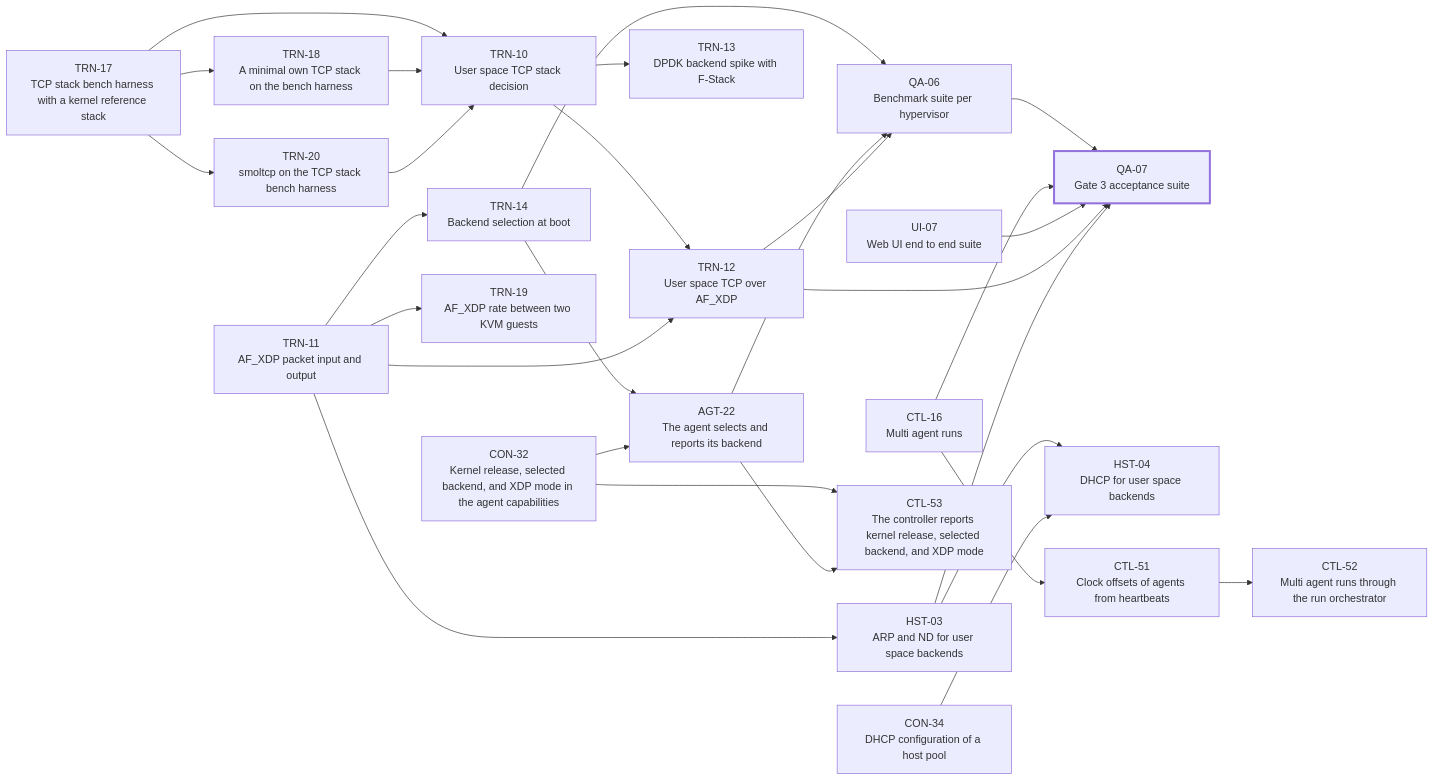
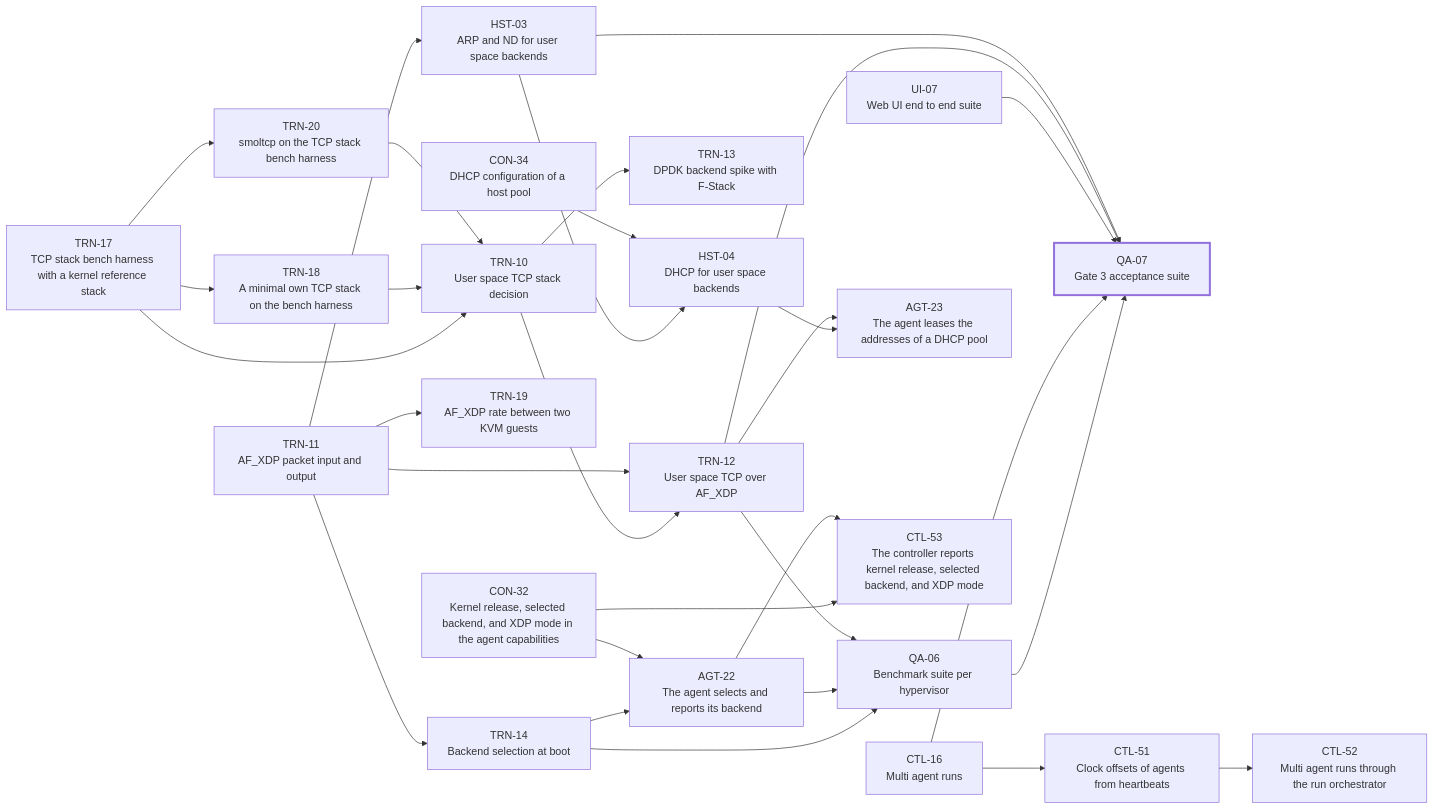
One commit to alrawi/FixingPointSystem changed the diagram in docs/wiki/Work-Packages-Phase-3.md. Above: the diagram before and after it, drawn with Mermaid. The commit also changed other lines of this file and 3 other files, not shown here.

First line of the commit message:
Coordinator: AGT-22 and HST-04 notes, AGT-23

````diff
--- a/docs/wiki/Work-Packages-Phase-3.md
+++ b/docs/wiki/Work-Packages-Phase-3.md
@@ -12,53 +12,56 @@
 ```mermaid
 flowchart LR
   TRN_10["TRN-10<br/>User space TCP stack decision"]
   TRN_11["TRN-11<br/>AF_XDP packet input and output"]
   TRN_12["TRN-12<br/>User space TCP over AF_XDP"]
   HST_03["HST-03<br/>ARP and ND for user space backends"]
   TRN_13["TRN-13<br/>DPDK backend spike with F-Stack"]
   TRN_14["TRN-14<br/>Backend selection at boot"]
   CTL_16["CTL-16<br/>Multi agent runs"]
   UI_07["UI-07<br/>Web UI end to end suite"]
   QA_06["QA-06<br/>Benchmark suite per hypervisor"]
   QA_07["QA-07<br/>Gate 3 acceptance suite"]
   TRN_17["TRN-17<br/>TCP stack bench harness with a kernel reference stack"]
   TRN_20["TRN-20<br/>smoltcp on the TCP stack bench harness"]
   TRN_18["TRN-18<br/>A minimal own TCP stack on the bench harness"]
   TRN_19["TRN-19<br/>AF_XDP rate between two KVM guests"]
   HST_04["HST-04<br/>DHCP for user space backends"]
   AGT_22["AGT-22<br/>The agent selects and reports its backend"]
+  AGT_23["AGT-23<br/>The agent leases the addresses of a DHCP pool"]
   CON_32["CON-32<br/>Kernel release, selected backend, and XDP mode in the agent capabilities"]
   CTL_51["CTL-51<br/>Clock offsets of agents from heartbeats"]
   CTL_52["CTL-52<br/>Multi agent runs through the run orchestrator"]
   CTL_53["CTL-53<br/>The controller reports kernel release, selected backend, and XDP mode"]
   CON_34["CON-34<br/>DHCP configuration of a host pool"]
   TRN_17 --> TRN_10
   TRN_18 --> TRN_10
   TRN_20 --> TRN_10
   TRN_10 --> TRN_12
   TRN_11 --> TRN_12
   TRN_11 --> HST_03
   TRN_10 --> TRN_13
   TRN_11 --> TRN_14
   TRN_14 --> QA_06
   AGT_22 --> QA_06
   TRN_12 --> QA_06
   QA_06 --> QA_07
   CTL_16 --> QA_07
   UI_07 --> QA_07
   TRN_12 --> QA_07
   HST_03 --> QA_07
   TRN_17 --> TRN_20
   TRN_17 --> TRN_18
   TRN_11 --> TRN_19
   HST_03 --> HST_04
   CON_34 --> HST_04
   TRN_14 --> AGT_22
   CON_32 --> AGT_22
+  HST_04 --> AGT_23
+  TRN_12 --> AGT_23
   CTL_16 --> CTL_51
   CTL_51 --> CTL_52
   CON_32 --> CTL_53
   AGT_22 --> CTL_53
   classDef critical stroke-width:3px
   class QA_07 critical
 ```
````
